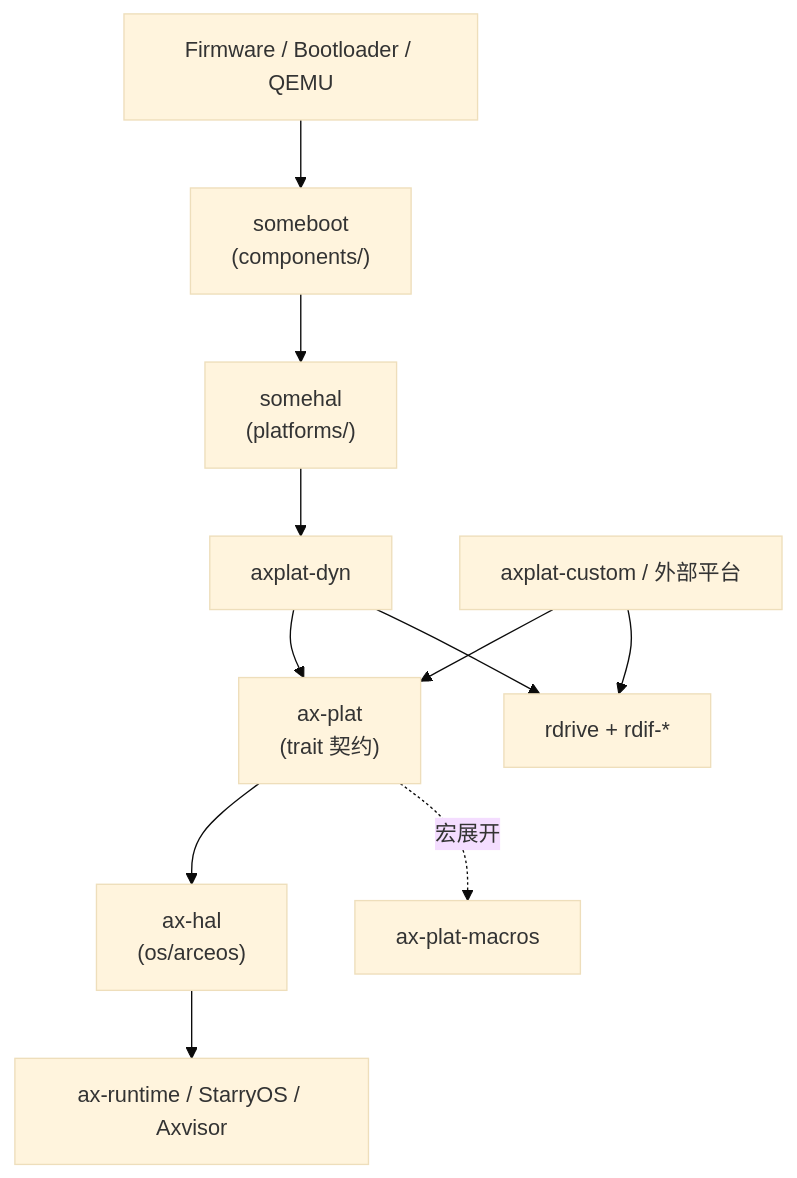
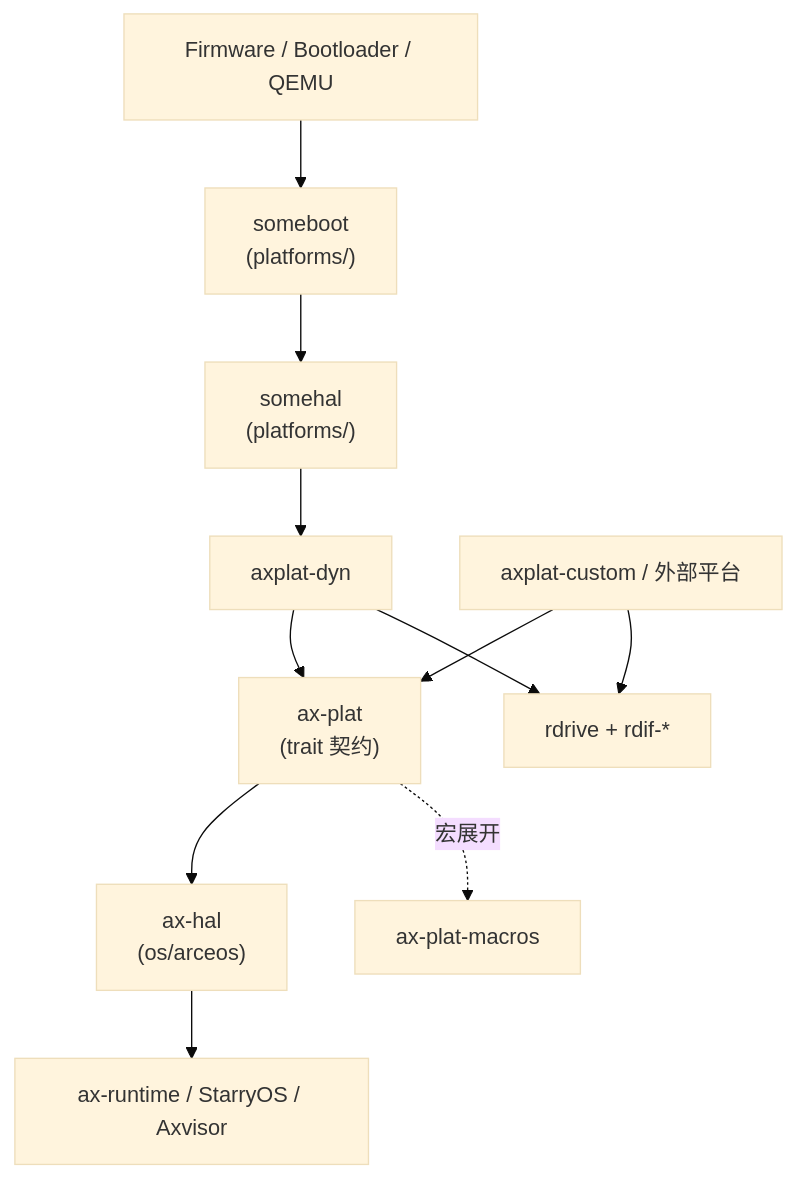
One commit to rcore-os/tgoskits changed the diagram in docs/docs/architecture/platform/overview.md. Above: the diagram before and after it, drawn with Mermaid (base theme). The commit also changed other lines of this file and 10 other files, not shown here.

````diff
--- a/docs/docs/architecture/platform/overview.md
+++ b/docs/docs/architecture/platform/overview.md
@@ -27,13 +27,13 @@
 ```mermaid
 flowchart TD
-    Firmware["Firmware / Bootloader / QEMU"] --> Someboot["someboot<br/>(components/)"]
+    Firmware["Firmware / Bootloader / QEMU"] --> Someboot["someboot<br/>(platforms/)"]
     Someboot --> Somehal["somehal<br/>(platforms/)"]
     Somehal --> Dyn["axplat-dyn"]
     Custom["axplat-custom / 外部平台"] --> AxPlat["ax-plat<br/>(trait 契约)"]
     Dyn --> AxPlat
     AxPlat --> AxHal["ax-hal<br/>(os/arceos)"]
     AxHal --> Runtime["ax-runtime / StarryOS / Axvisor"]
     Dyn --> Rdrive["rdrive + rdif-*"]
     Custom --> Rdrive
     AxPlat -. 宏展开 .-> AxPlatMacros["ax-plat-macros"]
 ```
````
